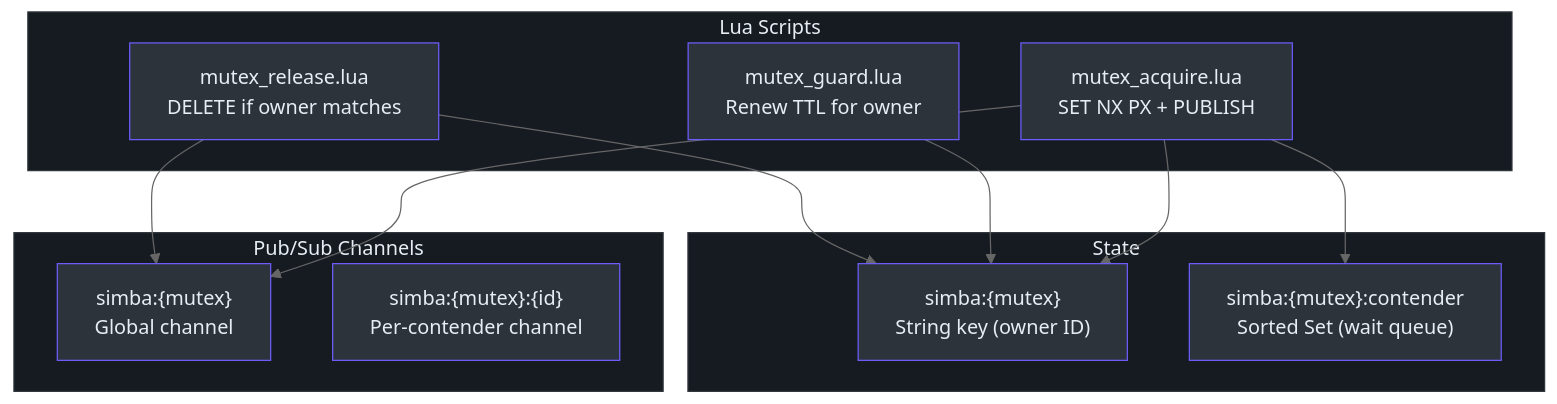
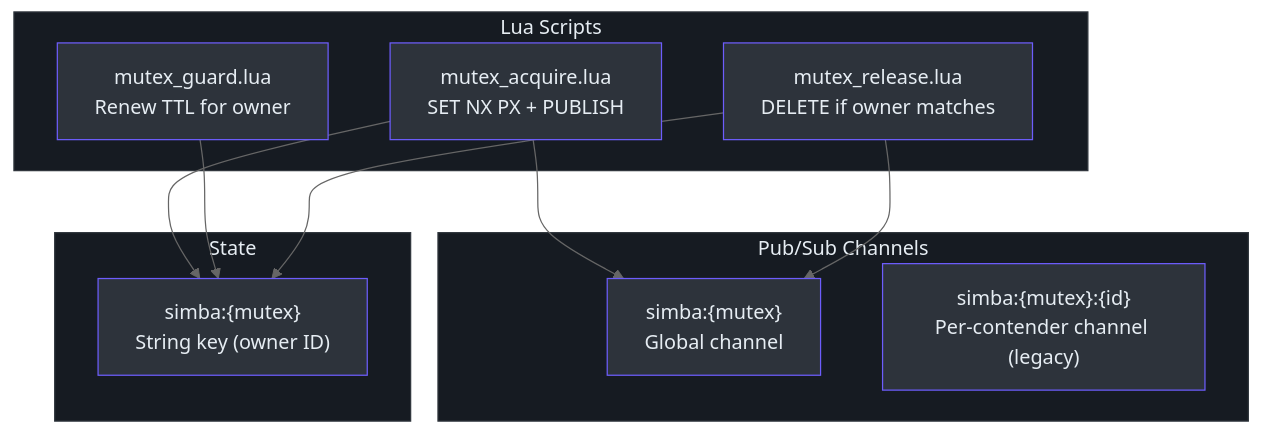
One commit to Ahoo-Wang/Simba changed the third of 4 diagrams in wiki/testing/integration-testing.md. Above: the diagram before and after it, drawn with Mermaid (neutral theme). The commit also changed other lines of this file and 45 other files, not shown here.

````diff
--- a/wiki/testing/integration-testing.md
+++ b/wiki/testing/integration-testing.md
@@ -166,36 +166,33 @@
 ```mermaid
 flowchart TD
     subgraph scripts["Lua Scripts"]
         style scripts fill:#161b22,stroke:#30363d,color:#e6edf3
         ACQUIRE["mutex_acquire.lua<br>SET NX PX + PUBLISH"]
         GUARD["mutex_guard.lua<br>Renew TTL for owner"]
         RELEASE["mutex_release.lua<br>DELETE if owner matches"]
     end
 
     subgraph channels["Pub/Sub Channels"]
         style channels fill:#161b22,stroke:#30363d,color:#e6edf3
         MC["simba:{mutex}<br>Global channel"]
-        CC["simba:{mutex}:{id}<br>Per-contender channel"]
+        CC["simba:{mutex}:{id}<br>Per-contender channel (legacy)"]
     end
 
     subgraph state["State"]
         style state fill:#161b22,stroke:#30363d,color:#e6edf3
         KEY["simba:{mutex}<br>String key (owner ID)"]
-        QUEUE["simba:{mutex}:contender<br>Sorted Set (wait queue)"]
     end
 
     ACQUIRE --> MC
     ACQUIRE --> KEY
-    ACQUIRE --> QUEUE
     GUARD --> KEY
     RELEASE --> MC
     RELEASE --> KEY
 
     style ACQUIRE fill:#2d333b,stroke:#6d5dfc,color:#e6edf3
     style GUARD fill:#2d333b,stroke:#6d5dfc,color:#e6edf3
     style RELEASE fill:#2d333b,stroke:#6d5dfc,color:#e6edf3
     style MC fill:#2d333b,stroke:#6d5dfc,color:#e6edf3
     style CC fill:#2d333b,stroke:#6d5dfc,color:#e6edf3
     style KEY fill:#2d333b,stroke:#6d5dfc,color:#e6edf3
-    style QUEUE fill:#2d333b,stroke:#6d5dfc,color:#e6edf3
 ```
````
